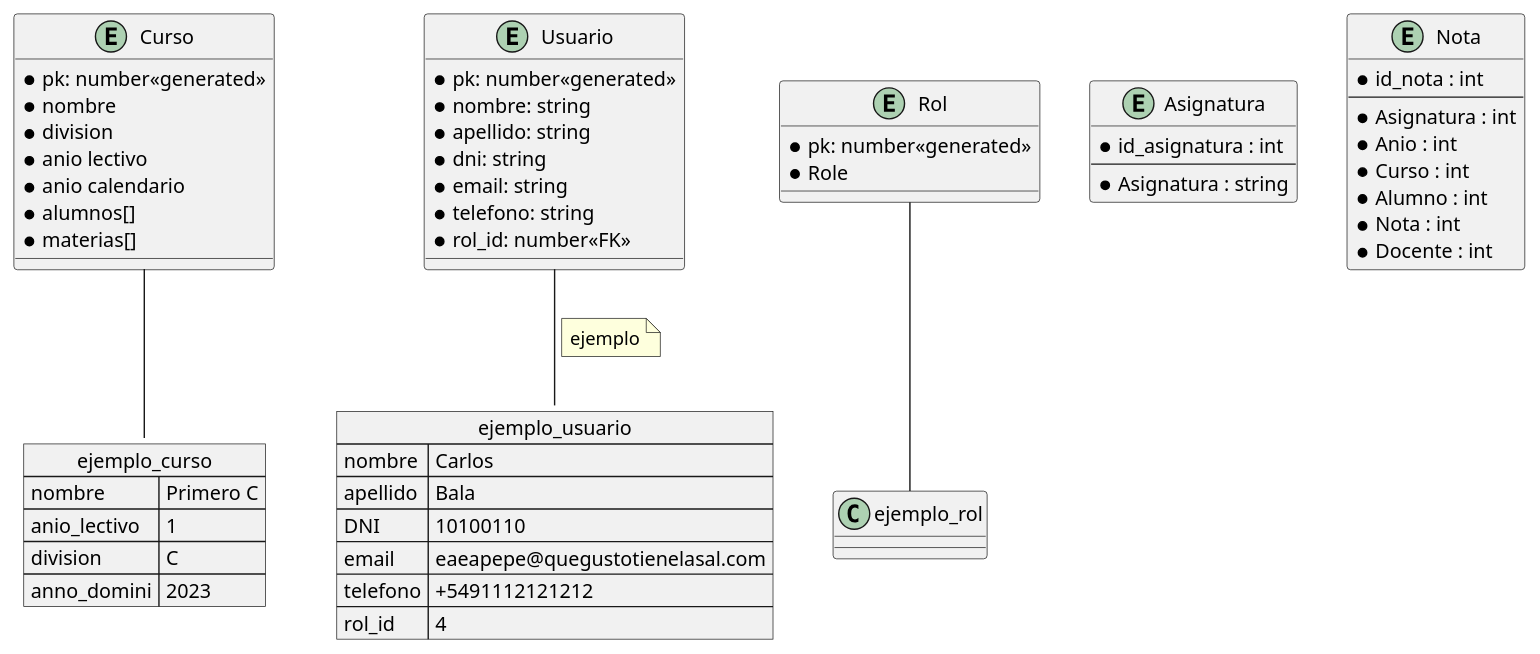
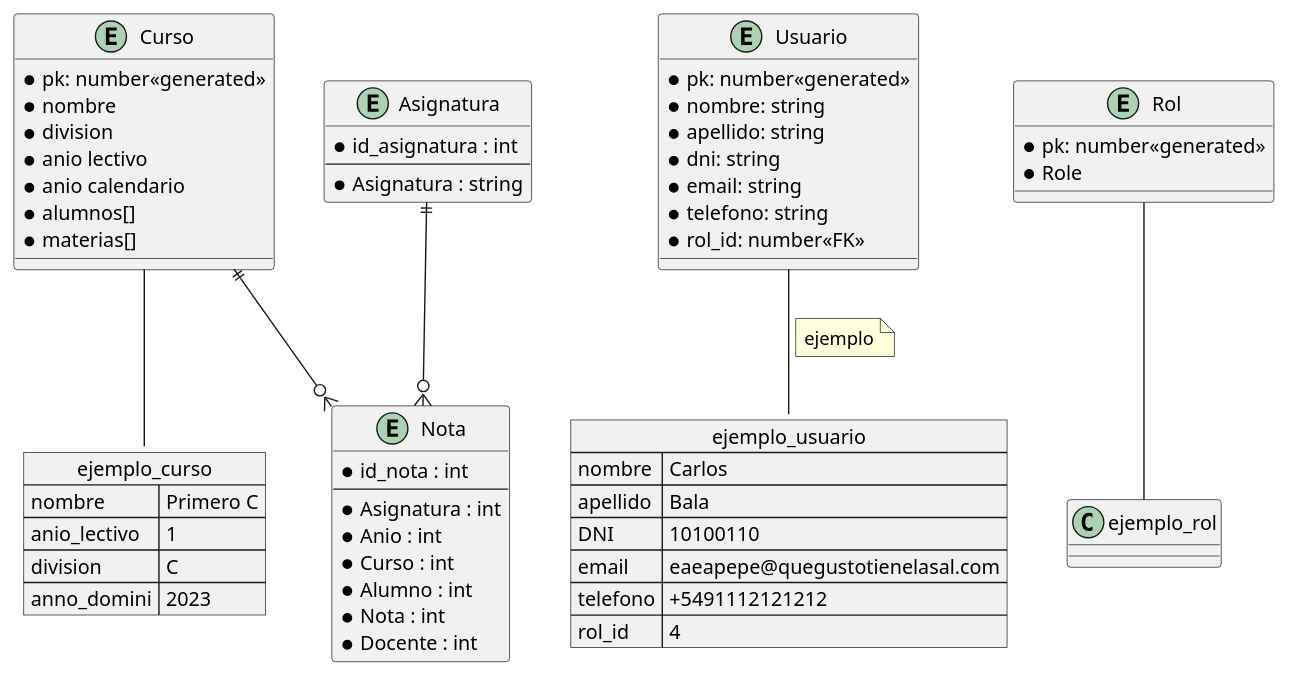
Before and after one commit to aragornz325/escuelas: the diagram in README.md, drawn with PlantUML.

````diff
--- a/README.md
+++ b/README.md
@@ -3,71 +3,74 @@
 ```plantuml
 @startuml
 allow_mixing
 
 entity Curso {
   * pk: number<<generated>>
   * nombre
   * division
   * anio lectivo
   * anio calendario
   * alumnos[]
   * materias[]
 }
 
 entity Usuario {
   * pk: number<<generated>>
   * nombre: string
   * apellido: string
   * dni: string
   * email: string
   * telefono: string
   * rol_id: number<<FK>>
 }
 
 entity Rol {
  * pk: number<<generated>>
  * Role
 }
 
 entity "Asignatura" {
   * id_asignatura : int
   --
   * Asignatura : string
 }
 
 entity "Nota" {
   * id_nota : int
   --
   * Asignatura : int
   * Anio : int
   * Curso : int
   * Alumno : int
   * Nota : int
   * Docente : int
 }
 
 json ejemplo_usuario{
   "nombre": "Carlos",
   "apellido": "Bala",
   "DNI": "10100110",
   "email": "eaeapepe@quegustotienelasal.com",
   "telefono": "+5491112121212",
   "rol_id": 4
 }
 
 json ejemplo_curso {
    "nombre":"Primero C",
    "anio_lectivo":"1",
    "division":"C",
    "anno_domini":"2023"
 }
 
+Asignatura ||--o{ Nota
+Curso ||--o{ Nota
+
 Rol -- ejemplo_rol
 Curso -- ejemplo_curso
 Usuario -- ejemplo_usuario
 note on link
 ejemplo
 end note
 
 @enduml
 ```
````
